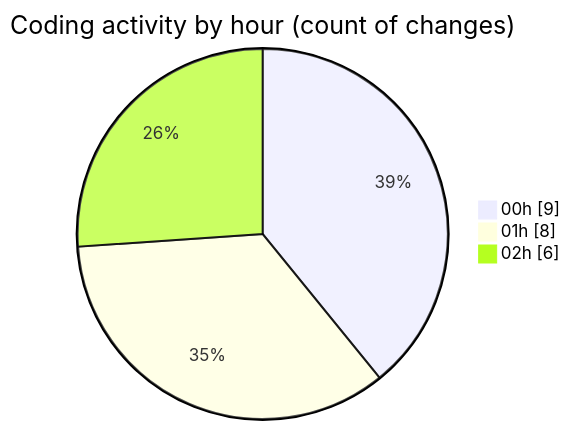
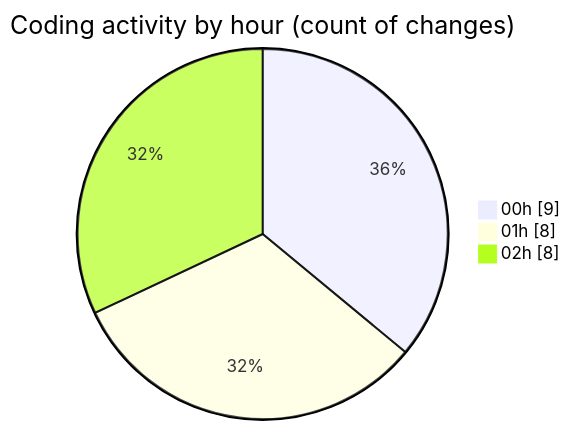
Before and after one commit to jrari/code-tracking: the second of 2 diagrams in 2025-07-14/telebot/README.md, drawn with Mermaid. The commit also changed other lines of this file and 1 other file, not shown here.

````diff
--- a/2025-07-14/telebot/README.md
+++ b/2025-07-14/telebot/README.md
@@ -38,7 +39,7 @@
 ```mermaid
 pie showData
 title Coding activity by hour (count of changes)
 "00h" : 9
 "01h" : 8
-"02h" : 6
+"02h" : 8
 ```
````
